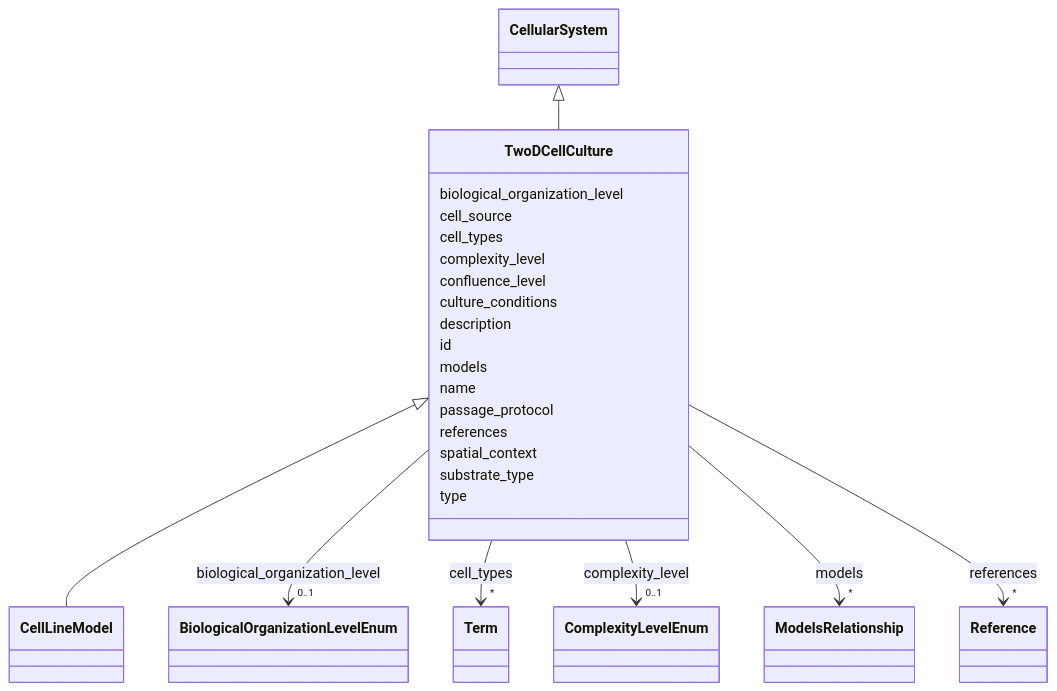
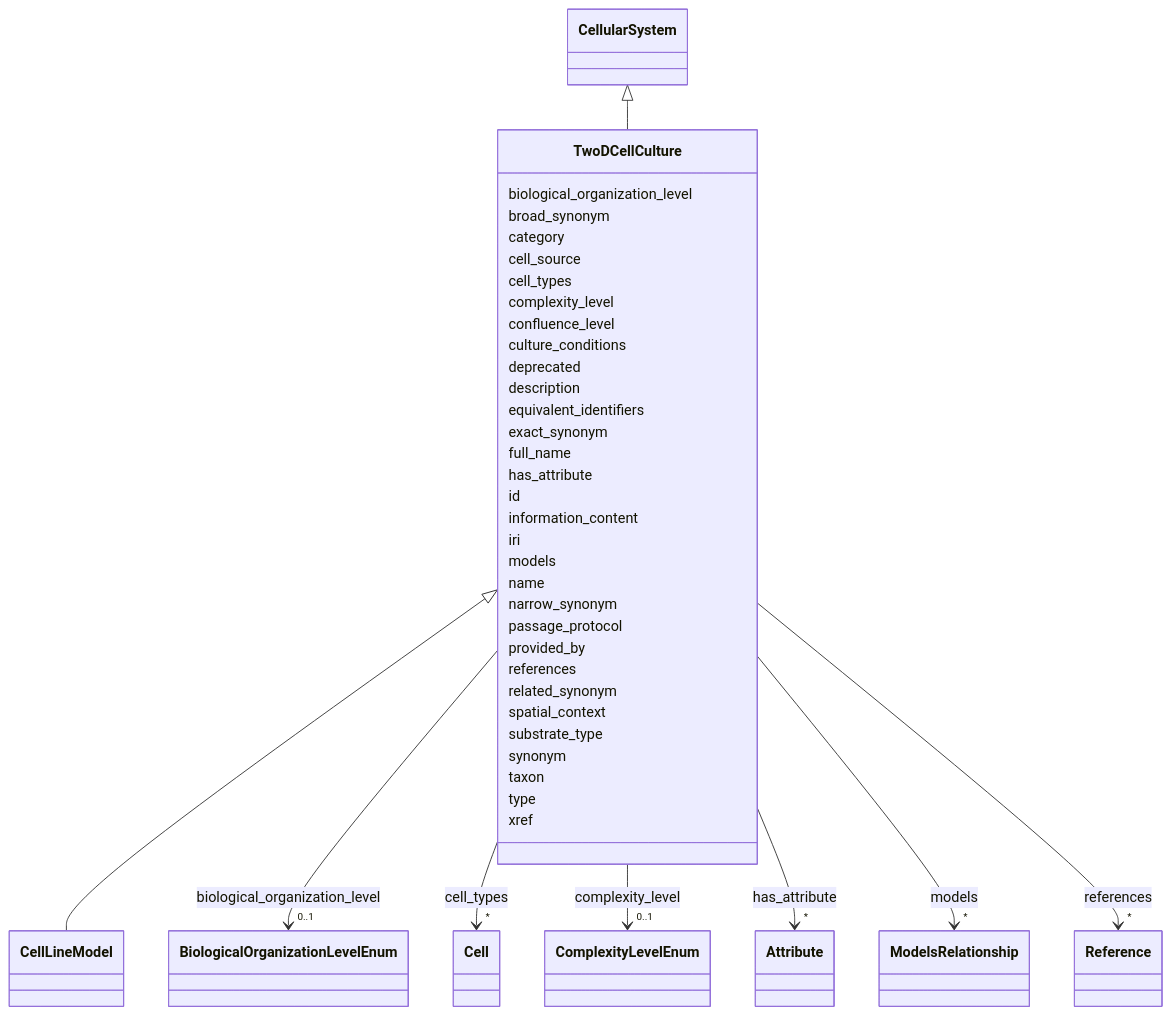
One commit to monarch-initiative/namo changed the diagram in docs/elements/TwoDCellCulture.md. Above: the diagram before and after it, drawn with Mermaid. The commit also changed other lines of this file and 1232 other files, not shown here.

````diff
--- a/docs/elements/TwoDCellCulture.md
+++ b/docs/elements/TwoDCellCulture.md
@@ -38,6 +43,10 @@
     
 
         
+      TwoDCellCulture : broad_synonym
+        
+      TwoDCellCulture : category
+        
       TwoDCellCulture : cell_source
         
       TwoDCellCulture : cell_types
@@ -46,8 +55,8 @@
     
         
         
-        TwoDCellCulture --> "*" Term : cell_types
-        click Term href "../Term/"
+        TwoDCellCulture --> "*" Cell : cell_types
+        click Cell href "../Cell/"
     
 
         
@@ -66,9 +75,32 @@
         
       TwoDCellCulture : culture_conditions
         
+      TwoDCellCulture : deprecated
+        
       TwoDCellCulture : description
         
+      TwoDCellCulture : equivalent_identifiers
+        
+      TwoDCellCulture : exact_synonym
+        
+      TwoDCellCulture : full_name
+        
+      TwoDCellCulture : has_attribute
+        
+          
+    
+        
+        
+        TwoDCellCulture --> "*" Attribute : has_attribute
+        click Attribute href "../Attribute/"
+    
+
+        
       TwoDCellCulture : id
+        
+      TwoDCellCulture : information_content
+        
+      TwoDCellCulture : iri
         
       TwoDCellCulture : models
         
@@ -83,7 +115,11 @@
         
       TwoDCellCulture : name
         
+      TwoDCellCulture : narrow_synonym
+        
       TwoDCellCulture : passage_protocol
+        
+      TwoDCellCulture : provided_by
         
       TwoDCellCulture : references
         
@@ -96,11 +132,19 @@
     
 
         
+      TwoDCellCulture : related_synonym
+        
       TwoDCellCulture : spatial_context
         
       TwoDCellCulture : substrate_type
         
+      TwoDCellCulture : synonym
+        
+      TwoDCellCulture : taxon
+        
       TwoDCellCulture : type
+        
+      TwoDCellCulture : xref
         
       
 ```
````
